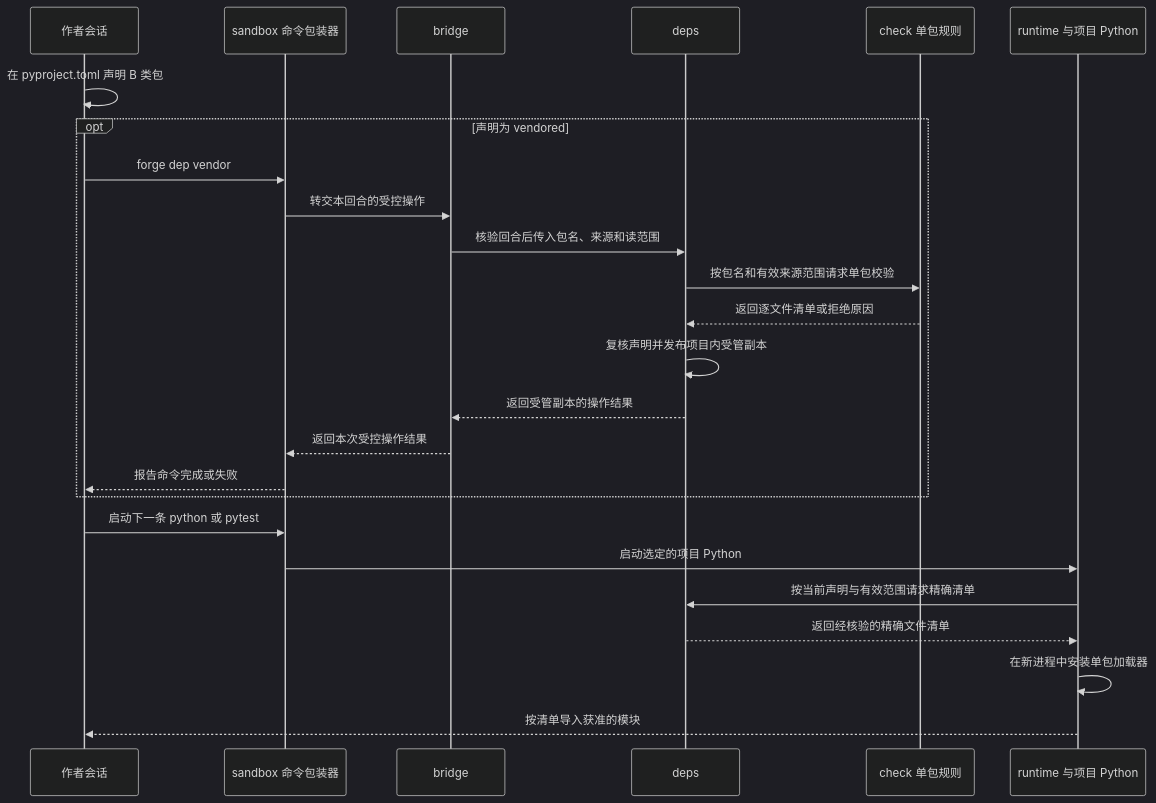
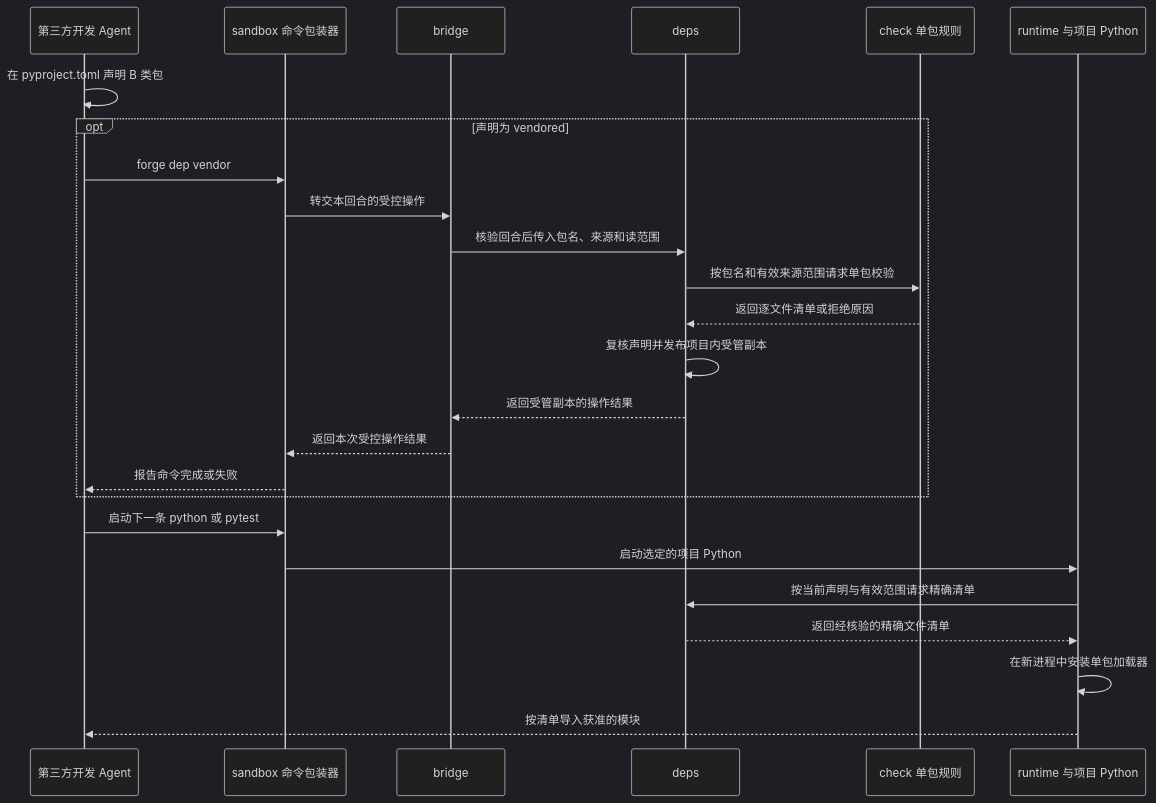
One commit to vincent9299/demiflow changed the fourth of 14 diagrams in docs/demiflow-architecture.md. Above: the diagram before and after it, drawn with Mermaid (dark theme). The commit also changed other lines of this file, not shown here.

Commit message:
Show the third-party coding agent as the Pipeline author

````diff
--- a/docs/demiflow-architecture.md
+++ b/docs/demiflow-architecture.md
@@ -145,27 +158,27 @@
 ```mermaid
 sequenceDiagram
-    participant A as 作者会话
+    participant A as 第三方开发 Agent
     participant S as sandbox 命令包装器
     participant B as bridge
     participant D as deps
     participant C as check 单包规则
     participant R as runtime 与项目 Python
     A->>A: 在 pyproject.toml 声明 B 类包
     opt 声明为 vendored
         A->>S: forge dep vendor
         S->>B: 转交本回合的受控操作
         B->>D: 核验回合后传入包名、来源和读范围
         D->>C: 按包名和有效来源范围请求单包校验
         C-->>D: 返回逐文件清单或拒绝原因
         D->>D: 复核声明并发布项目内受管副本
         D-->>B: 返回受管副本的操作结果
         B-->>S: 返回本次受控操作结果
         S-->>A: 报告命令完成或失败
     end
     A->>S: 启动下一条 python 或 pytest
     S->>R: 启动选定的项目 Python
     R->>D: 按当前声明与有效范围请求精确清单
     D-->>R: 返回经核验的精确文件清单
     R->>R: 在新进程中安装单包加载器
     R-->>A: 按清单导入获准的模块
 ```
````
